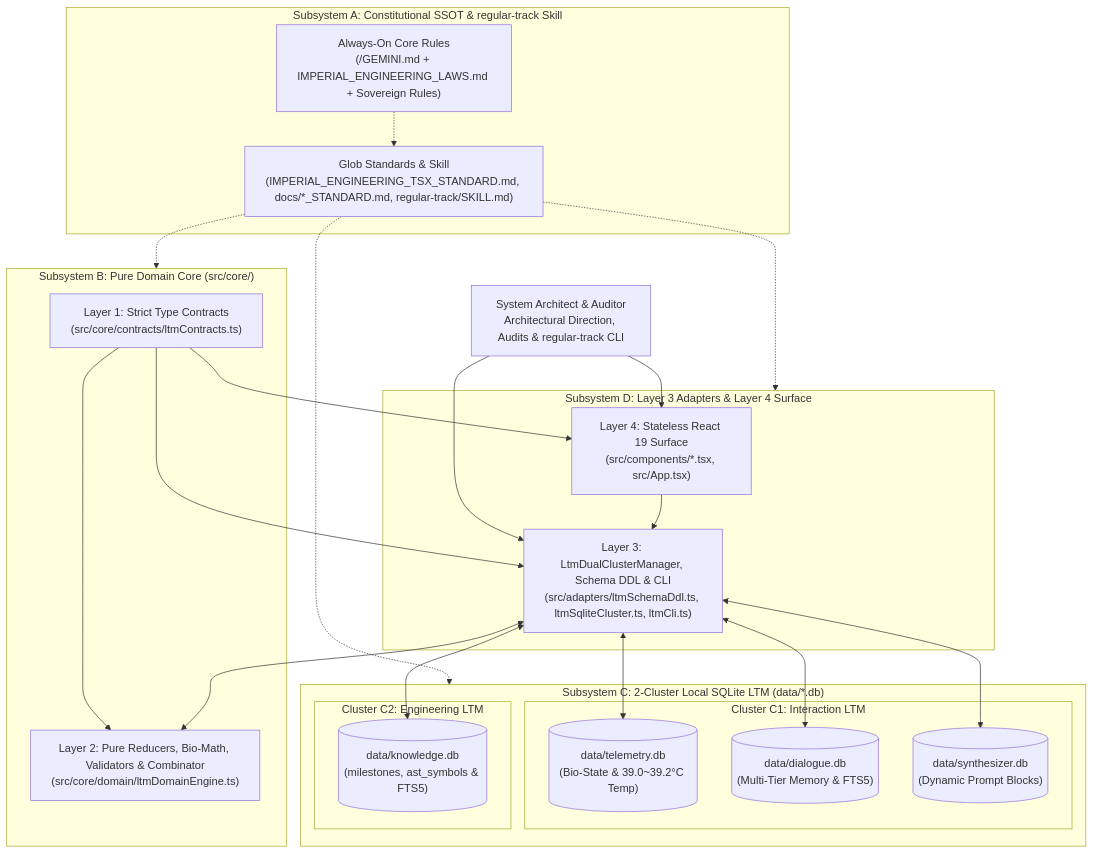
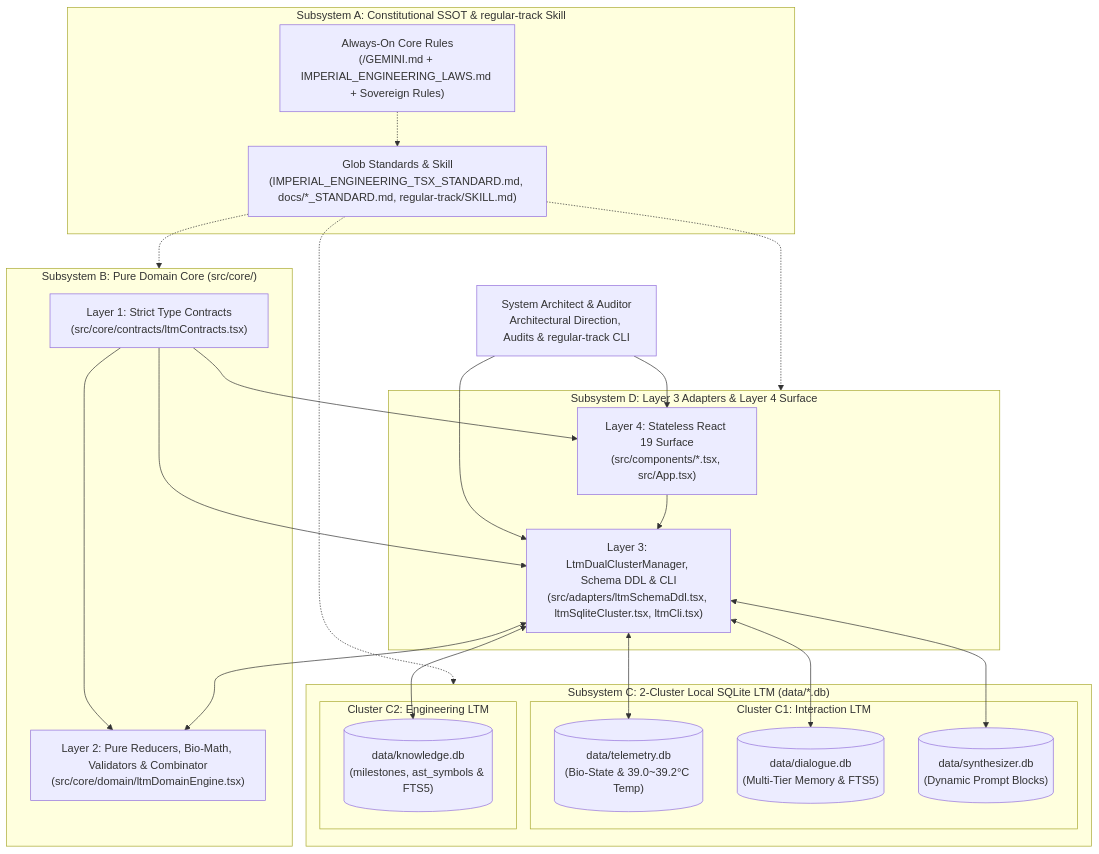
Before and after one commit to jinseobhong/eterna-luminas: the first of 3 diagrams in docs/ARCHITECTURE.md, drawn with Mermaid. The commit also changed other lines of this file and 15 other files, not shown here.

Commit message:
refactor(src,tests): migrate all 5 source modules and 5 mirrored test suites from TS to TSX

````diff
--- a/docs/ARCHITECTURE.md
+++ b/docs/ARCHITECTURE.md
@@ -13,38 +13,38 @@
 ```mermaid
 flowchart TB
     Auditor["System Architect & Auditor<br/>Architectural Direction, Audits & regular-track CLI"]
 
     subgraph SUB_CONST["Subsystem A: Constitutional SSOT & regular-track Skill"]
         ROOT_RULES["Always-On Core Rules<br/>(/GEMINI.md + IMPERIAL_ENGINEERING_LAWS.md + Sovereign Rules)"]
         GLOB_RULES["Glob Standards & Skill<br/>(IMPERIAL_ENGINEERING_TSX_STANDARD.md, docs/*_STANDARD.md, regular-track/SKILL.md)"]
     end
 
     subgraph SUB_CORE["Subsystem B: Pure Domain Core (src/core/)"]
-        L1["Layer 1: Strict Type Contracts<br/>(src/core/contracts/ltmContracts.ts)"]
-        L2["Layer 2: Pure Reducers, Bio-Math, Validators & Combinator<br/>(src/core/domain/ltmDomainEngine.ts)"]
+        L1["Layer 1: Strict Type Contracts<br/>(src/core/contracts/ltmContracts.tsx)"]
+        L2["Layer 2: Pure Reducers, Bio-Math, Validators & Combinator<br/>(src/core/domain/ltmDomainEngine.tsx)"]
     end
 
     subgraph SUB_LTM["Subsystem C: 2-Cluster Local SQLite LTM (data/*.db)"]
         subgraph CLUST_INT["Cluster C1: Interaction LTM"]
             DB_TELE[("data/telemetry.db<br/>(Bio-State & 39.0~39.2°C Temp)")]
             DB_DIAL[("data/dialogue.db<br/>(Multi-Tier Memory & FTS5)")]
             DB_SYNTH[("data/synthesizer.db<br/>(Dynamic Prompt Blocks)")]
         end
         subgraph CLUST_ENG["Cluster C2: Engineering LTM"]
             DB_KNOW[("data/knowledge.db<br/>(milestones, ast_symbols & FTS5)")]
         end
     end
 
     subgraph SUB_SURF["Subsystem D: Layer 3 Adapters & Layer 4 Surface"]
-        L3["Layer 3: LtmDualClusterManager, Schema DDL & CLI<br/>(src/adapters/ltmSchemaDdl.ts, ltmSqliteCluster.ts, ltmCli.ts)"]
+        L3["Layer 3: LtmDualClusterManager, Schema DDL & CLI<br/>(src/adapters/ltmSchemaDdl.tsx, ltmSqliteCluster.tsx, ltmCli.tsx)"]
         L4["Layer 4: Stateless React 19 Surface<br/>(src/components/*.tsx, src/App.tsx)"]
     end
 
     Auditor --> L3 & L4
     ROOT_RULES -.-> GLOB_RULES
     GLOB_RULES -.-> SUB_CORE & SUB_LTM & SUB_SURF
     L4 --> L3
     L3 <--> DB_SYNTH & DB_DIAL & DB_TELE & DB_KNOW
     L1 --> L2 & L3 & L4
     L3 <--> L2
 ```
````
